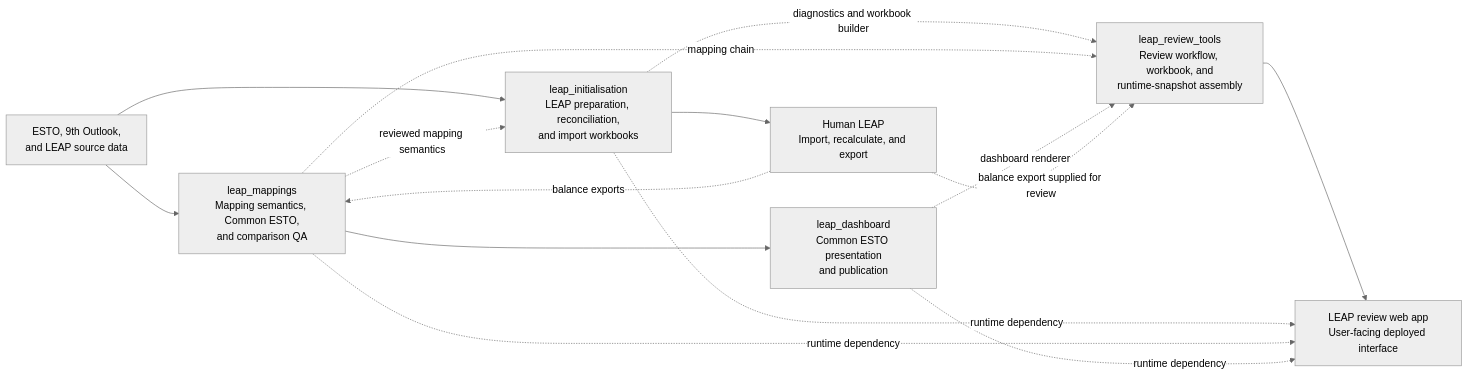
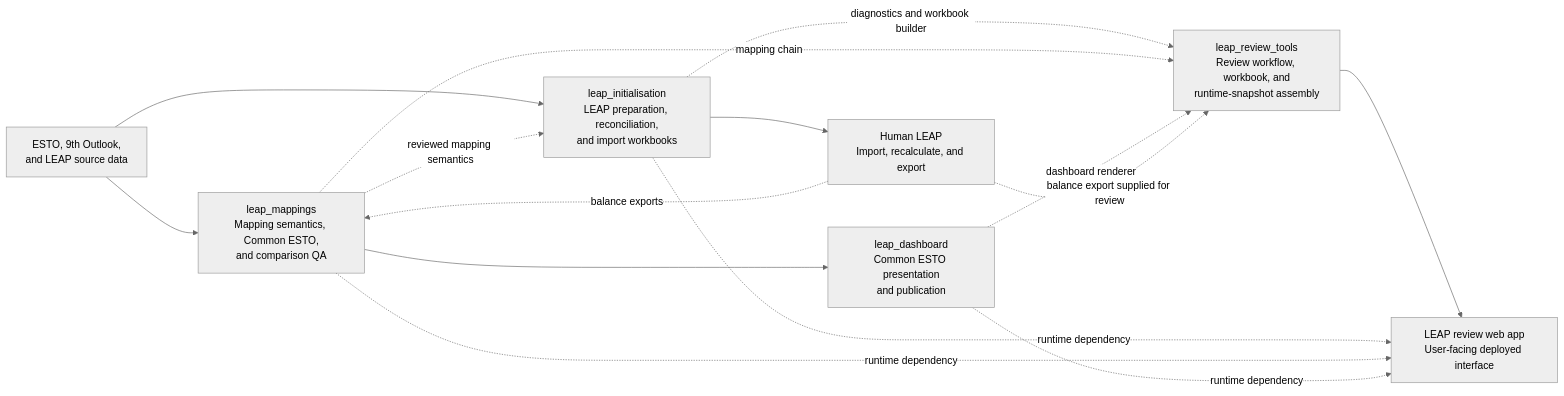
One commit to asia-pacific-energy-research-centre/leap_mappings changed the second of 2 diagrams in docs/start_here.md. Above: the diagram before and after it, drawn with Mermaid (neutral theme).

Commit message:
codex: space dependency diagram
Verification: git diff --check passed.

````diff
--- a/docs/start_here.md
+++ b/docs/start_here.md
@@ -41,26 +41,27 @@
 ```mermaid
+%%{init: {"flowchart": {"nodeSpacing": 65, "rankSpacing": 80, "diagramPadding": 16}} }%%
 flowchart LR
     SOURCE["ESTO, 9th Outlook,<br/>and LEAP source data"]
     MAP["leap_mappings<br/>Mapping semantics, Common ESTO,<br/>and comparison QA"]
     INIT["leap_initialisation<br/>LEAP preparation, reconciliation,<br/>and import workbooks"]
     LEAP["Human LEAP<br/>Import, recalculate, and export"]
     DASH["leap_dashboard<br/>Common ESTO presentation<br/>and publication"]
     REVIEW["leap_review_tools<br/>Review workflow, workbook, and<br/>runtime-snapshot assembly"]
     WEB["LEAP review web app<br/>User-facing deployed interface"]
 
     SOURCE --> MAP
     SOURCE --> INIT
     MAP -. "reviewed mapping semantics" .-> INIT
     INIT --> LEAP
     LEAP -. "balance exports" .-> MAP
     MAP --> DASH
 
     INIT -. "diagnostics and workbook builder" .-> REVIEW
     MAP -. "mapping chain" .-> REVIEW
     DASH -. "dashboard renderer" .-> REVIEW
     LEAP -. "balance export supplied for review" .-> REVIEW
     REVIEW --> WEB
     INIT -. "runtime dependency" .-> WEB
     MAP -. "runtime dependency" .-> WEB
     DASH -. "runtime dependency" .-> WEB
 ```
````
